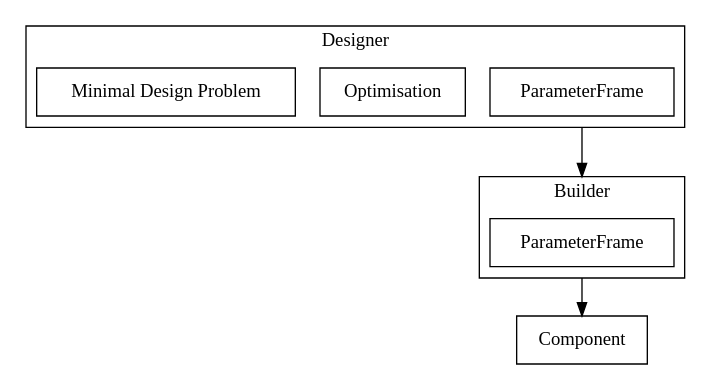
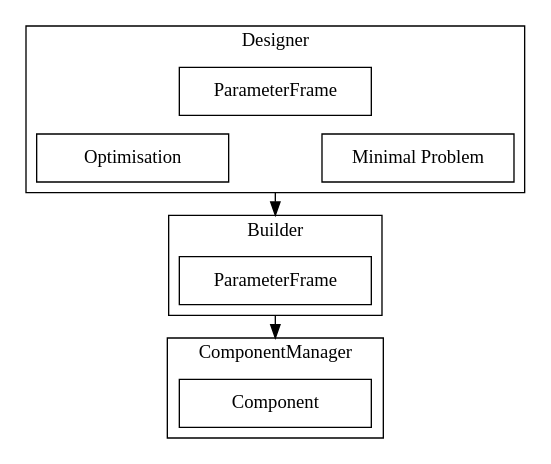
The diagram in documentation/source/base/design_build.dot (Fusion-Power-Plant-Framework/bluemira), drawn with Graphviz before and after one commit.

Commit message:
🐛 alignment

```diff
--- a/documentation/source/base/design_build.dot
+++ b/documentation/source/base/design_build.dot
@@ -1,25 +1,39 @@
-digraph {
+digraph G {
     compound=true;
-    node [shape=record]
+    node [shape = box, width = 2]
+    graph [splines = false, ranksep = 0.2]
+
 
     subgraph cluster_0 {
         label="Designer";
         tooltip="Designer";
         href="../base/design_build.html"
         target="_parent"
-        a[label="ParameterFrame", tooltip="ParameterFrame", href="../base/parameter.html", target="_parent"];
+        { rank=same b c ee[group=g1, style=invis, width=0.01] }
+        a[group=g1, label="ParameterFrame", tooltip="ParameterFrame", href="../base/parameter.html", target="_parent"];
         b[label="Optimisation", tooltip="Optimisation"];
-        c[label="Minimal Design Problem", tooltip="Minimal Design Problem"];
+        c[label="Minimal Problem", tooltip="Minimal Problem"];
+
+        edge[style=invis];
+        a -> {ee, b, c}
+        b -> c [minlen= 3]
+        ee ->c
     }
 
     subgraph cluster_1 {
         label="Builder";
         tooltip="Builder";
         href="../base/design_build.html"
         target="_parent"
-        d[label="ParameterFrame", tooltip="ParameterFrame", href="../base/parameter.html", target="_parent"];
+        d[group=g1, label="ParameterFrame", tooltip="ParameterFrame", href="../base/parameter.html", target="_parent"];
     }
-    a -> d [ltail=cluster_0, lhead=cluster_1, minlen=2];
-    d -> e [ltail=cluster_1]
-    e[label="Component", tooltip="Component", href="../base/components.html", target="_parent"]
+    subgraph cluster_2 {
+        label="ComponentManager";
+        tooltip="ComponentManager"
+        e[label="Component", tooltip="Component", href="../base/components.html", target="_parent"]
+
+    }
+    ee -> d [group=g1, ltail=cluster_0, lhead=cluster_1, minlen=2];
+    d -> e [ltail=cluster_1, lhead=cluster_2, minlen=2];
+
 }
```
